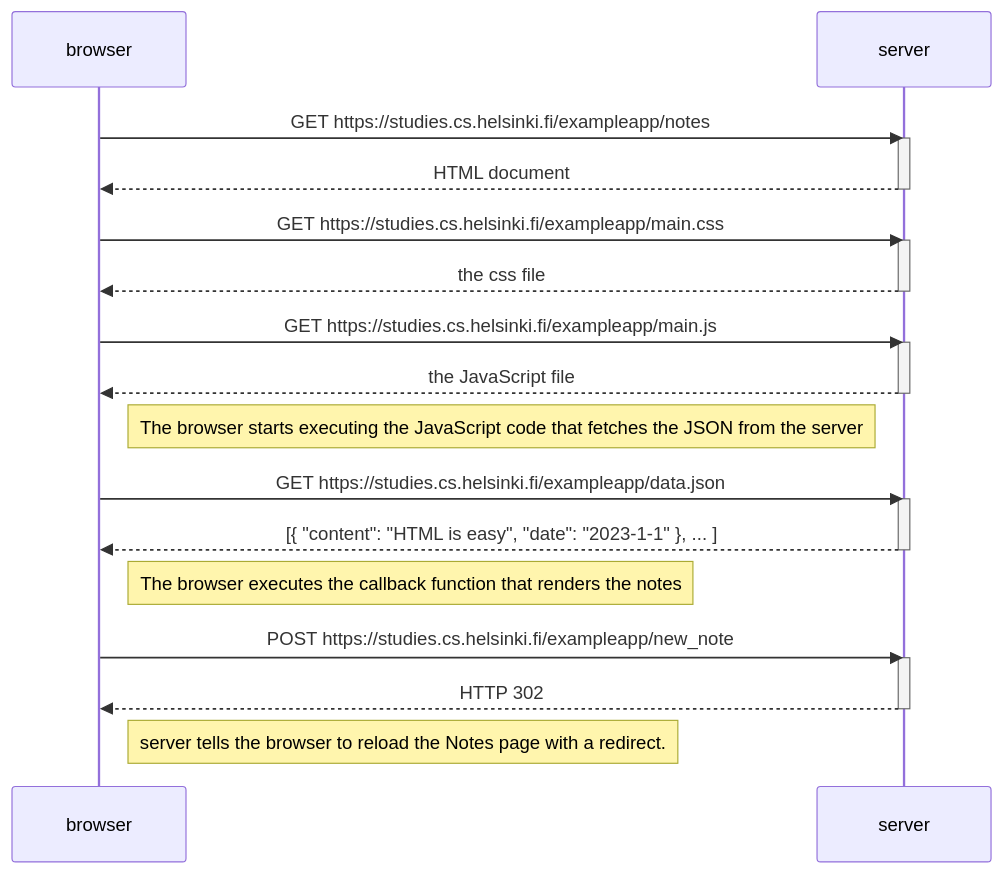
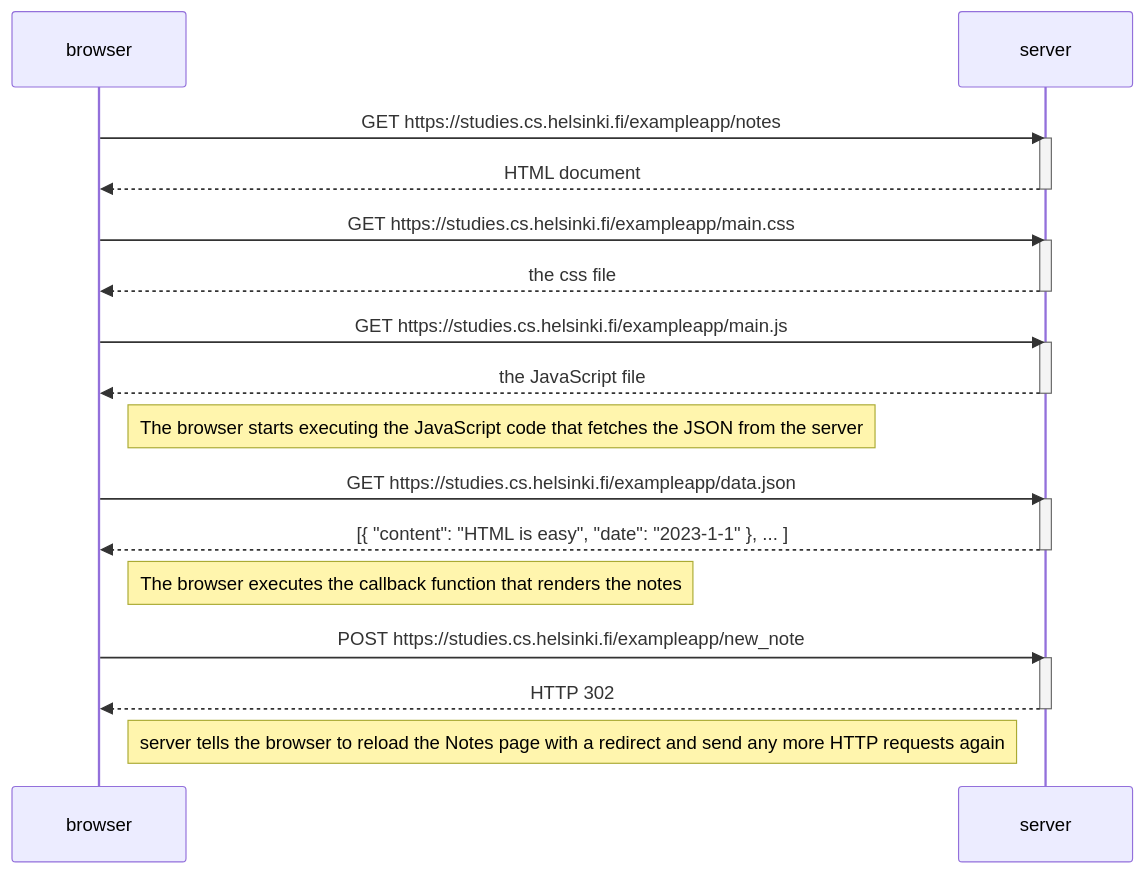
The diagram in part0/0.4.md (AndresParra11/Ayudas), drawn with Mermaid before and after one commit.

````diff
--- a/part0/0.4.md
+++ b/part0/0.4.md
@@ -1,36 +1,36 @@
 ```mermaid
 sequenceDiagram
     participant browser
     participant server
 
     browser->>server: GET https://studies.cs.helsinki.fi/exampleapp/notes
     activate server
     server-->>browser: HTML document
     deactivate server
 
     browser->>server: GET https://studies.cs.helsinki.fi/exampleapp/main.css
     activate server
     server-->>browser: the css file
     deactivate server
 
     browser->>server: GET https://studies.cs.helsinki.fi/exampleapp/main.js
     activate server
     server-->>browser: the JavaScript file
     deactivate server
 
     Note right of browser: The browser starts executing the JavaScript code that fetches the JSON from the server
 
     browser->>server: GET https://studies.cs.helsinki.fi/exampleapp/data.json
     activate server
     server-->>browser: [{ "content": "HTML is easy", "date": "2023-1-1" }, ... ]
     deactivate server
 
     Note right of browser: The browser executes the callback function that renders the notes
 
     browser->>server: POST https://studies.cs.helsinki.fi/exampleapp/new_note
     activate server
     server-->>browser: HTTP 302
     deactivate server
 
-    Note right of browser: server tells the browser to reload the Notes page with a redirect.
+    Note right of browser: server tells the browser to reload the Notes page with a redirect and send any more HTTP requests again
 ```
````
